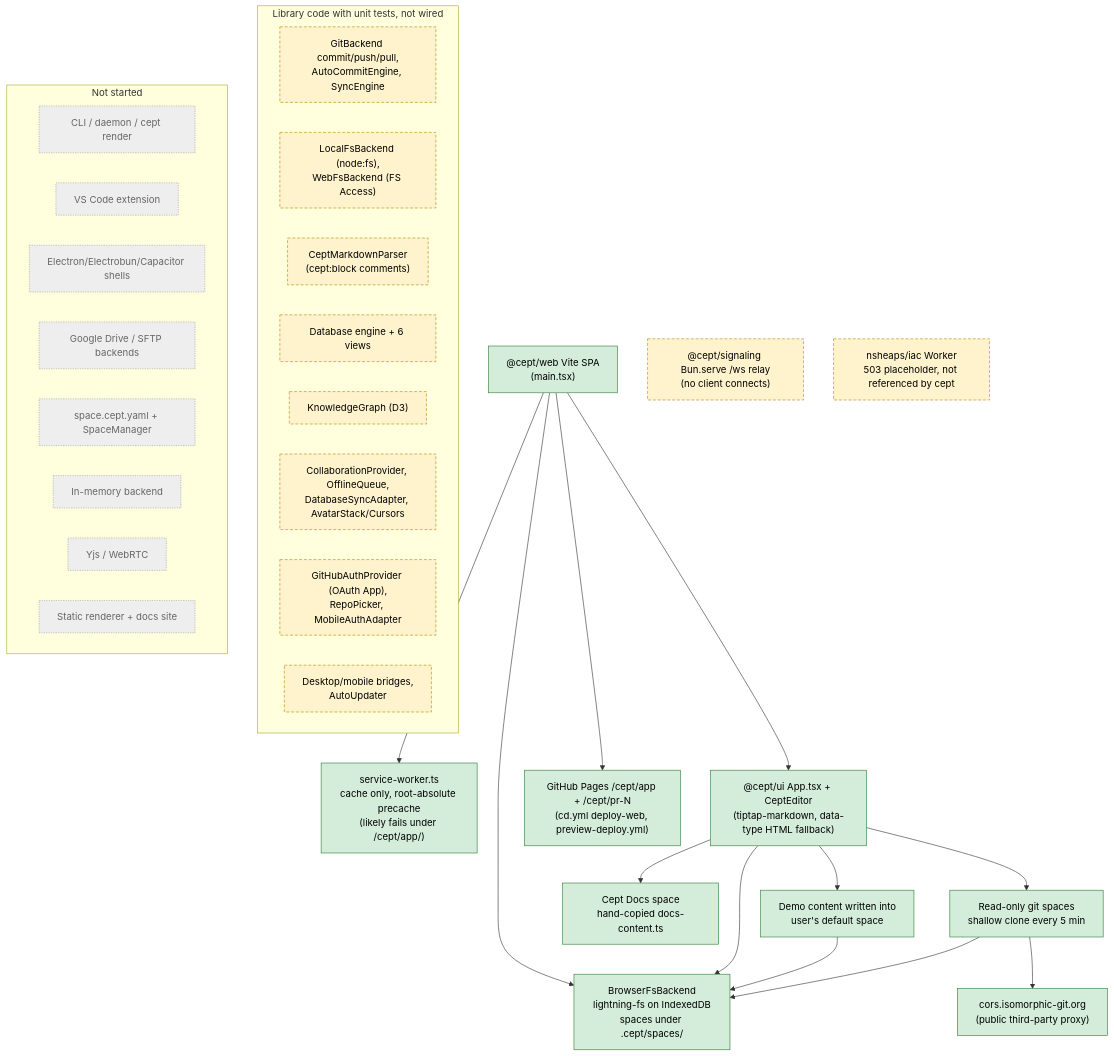
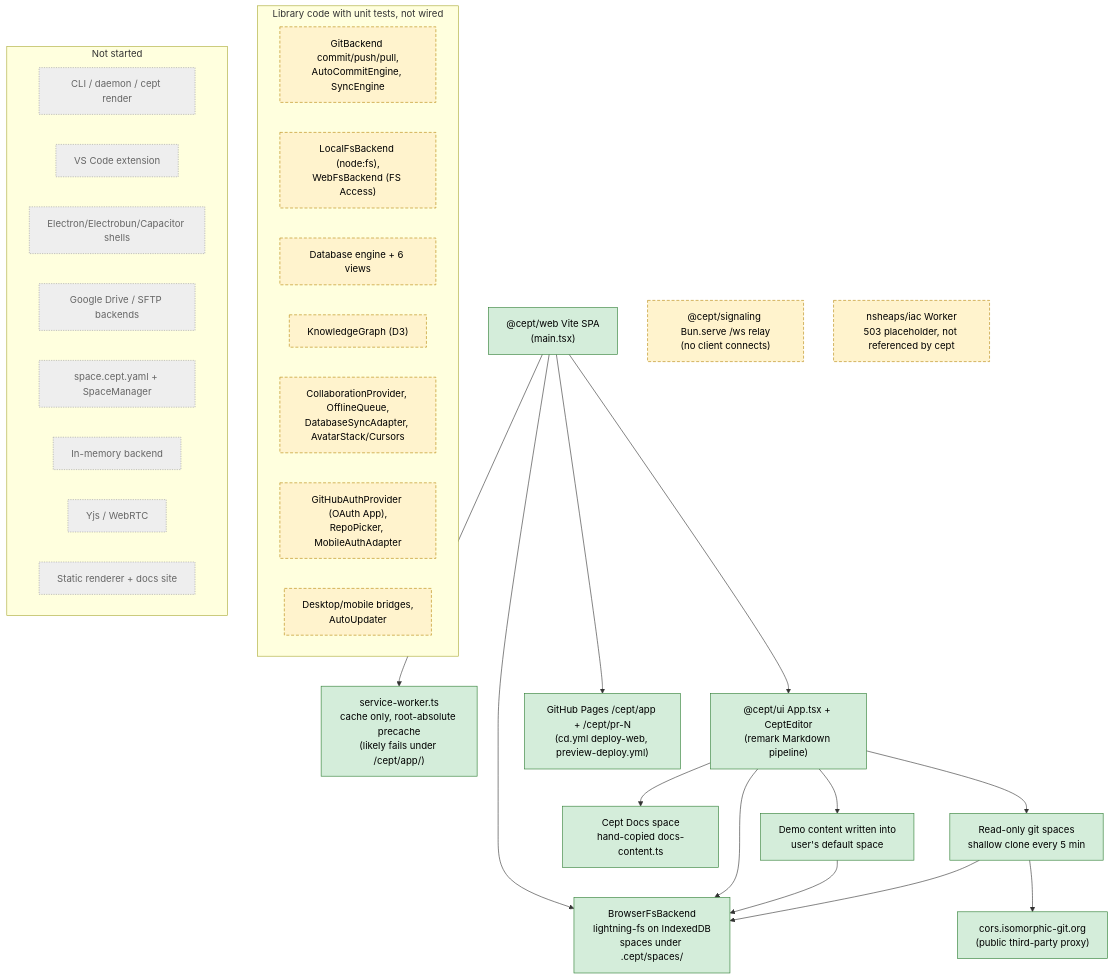
Before and after one commit to nsheaps/cept: the second of 2 diagrams in docs/specs/requirements/README.md, drawn with Mermaid. The commit also changed other lines of this file and 22 other files, not shown here.

First line of the commit message:
feat(editor): load and save pages through the markdown pipeline

````diff
--- a/docs/specs/requirements/README.md
+++ b/docs/specs/requirements/README.md
@@ -265,51 +264,50 @@
 ```mermaid
 flowchart TB
   classDef live fill:#d4edda,stroke:#2e7d32,color:#000
   classDef lib fill:#fff3cd,stroke:#b8860b,stroke-dasharray:5 3,color:#000
   classDef none fill:#eeeeee,stroke:#9e9e9e,stroke-dasharray:2 2,color:#666
 
   WEB["@cept/web Vite SPA<br/>(main.tsx)"]:::live
   SW["service-worker.ts<br/>cache only, root-absolute precache<br/>(likely fails under /cept/app/)"]:::live
-  UI["@cept/ui App.tsx + CeptEditor<br/>(tiptap-markdown, data-type HTML fallback)"]:::live
+  UI["@cept/ui App.tsx + CeptEditor<br/>(remark Markdown pipeline)"]:::live
   BFS["BrowserFsBackend<br/>lightning-fs on IndexedDB<br/>spaces under .cept/spaces/"]:::live
   DEMO["Demo content written into<br/>user's default space"]:::live
   DOCS["Cept Docs space<br/>hand-copied docs-content.ts"]:::live
   GITRO["Read-only git spaces<br/>shallow clone every 5 min"]:::live
   CORSPUB["cors.isomorphic-git.org<br/>(public third-party proxy)"]:::live
   PAGES["GitHub Pages /cept/app + /cept/pr-N<br/>(cd.yml deploy-web, preview-deploy.yml)"]:::live
   SIG["@cept/signaling Bun.serve /ws relay<br/>(no client connects)"]:::lib
 
   subgraph LIB["Library code with unit tests, not wired"]
     GITB["GitBackend commit/push/pull,<br/>AutoCommitEngine, SyncEngine"]:::lib
     LFS["LocalFsBackend (node:fs),<br/>WebFsBackend (FS Access)"]:::lib
-    PARSER["CeptMarkdownParser<br/>(cept:block comments)"]:::lib
     DB["Database engine + 6 views"]:::lib
     GRAPH["KnowledgeGraph (D3)"]:::lib
     CRDT["CollaborationProvider, OfflineQueue,<br/>DatabaseSyncAdapter, AvatarStack/Cursors"]:::lib
     AUTH["GitHubAuthProvider (OAuth App),<br/>RepoPicker, MobileAuthAdapter"]:::lib
     BRIDGE["Desktop/mobile bridges,<br/>AutoUpdater"]:::lib
   end
 
   IAC["nsheaps/iac Worker<br/>503 placeholder, not referenced by cept"]:::lib
 
   subgraph MISSING["Not started"]
     CLI["CLI / daemon / cept render"]:::none
     VSC["VS Code extension"]:::none
     SHELLS["Electron/Electrobun/Capacitor shells"]:::none
     GD["Google Drive / SFTP backends"]:::none
     WSY["space.cept.yaml + SpaceManager"]:::none
     MEM["In-memory backend"]:::none
     RTC["Yjs / WebRTC"]:::none
     SSG["Static renderer + docs site"]:::none
   end
 
   WEB --> UI
   WEB --> SW
   WEB --> BFS
   UI --> BFS
   UI --> DEMO --> BFS
   UI --> DOCS
   UI --> GITRO --> CORSPUB
   GITRO --> BFS
   WEB --> PAGES
 ```
````
